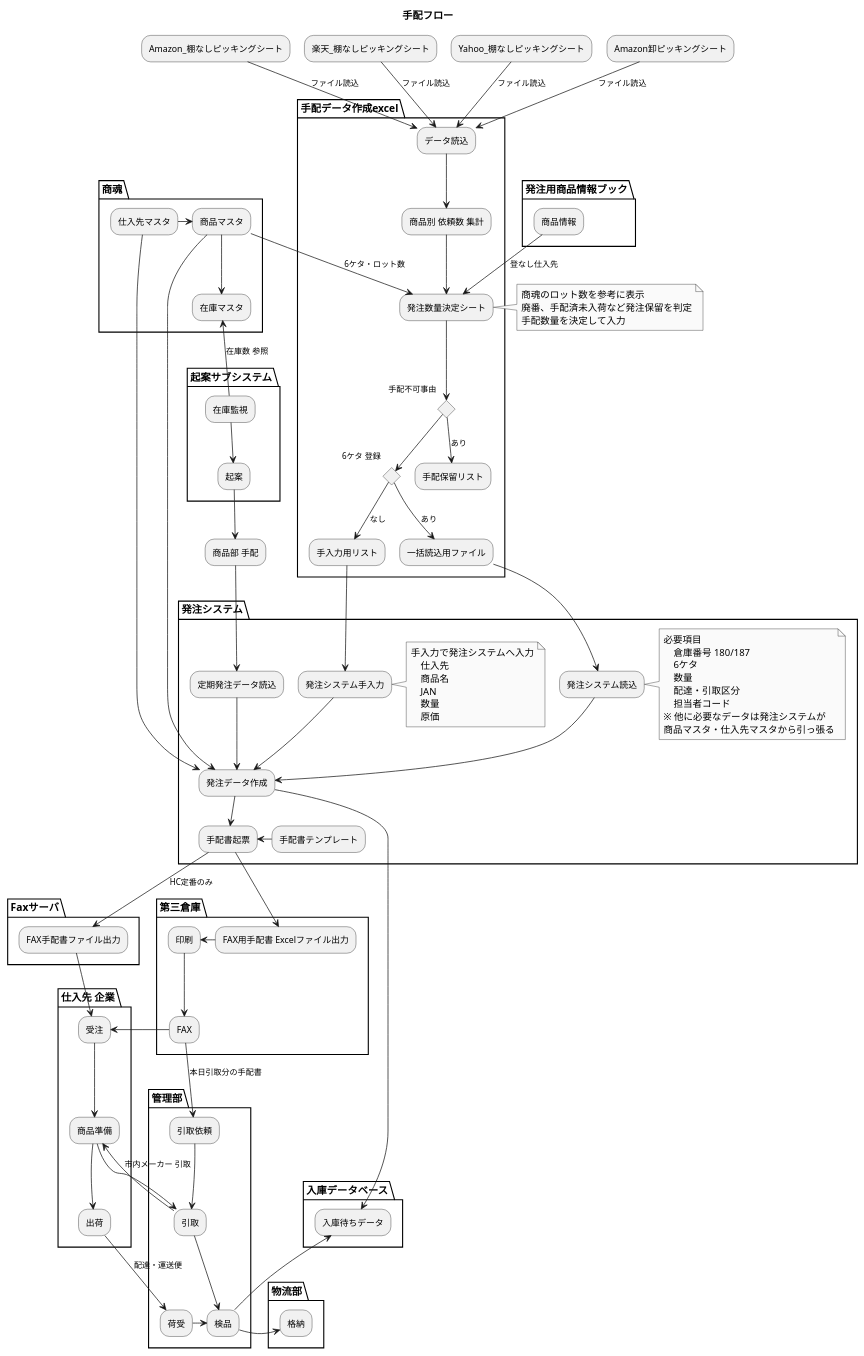
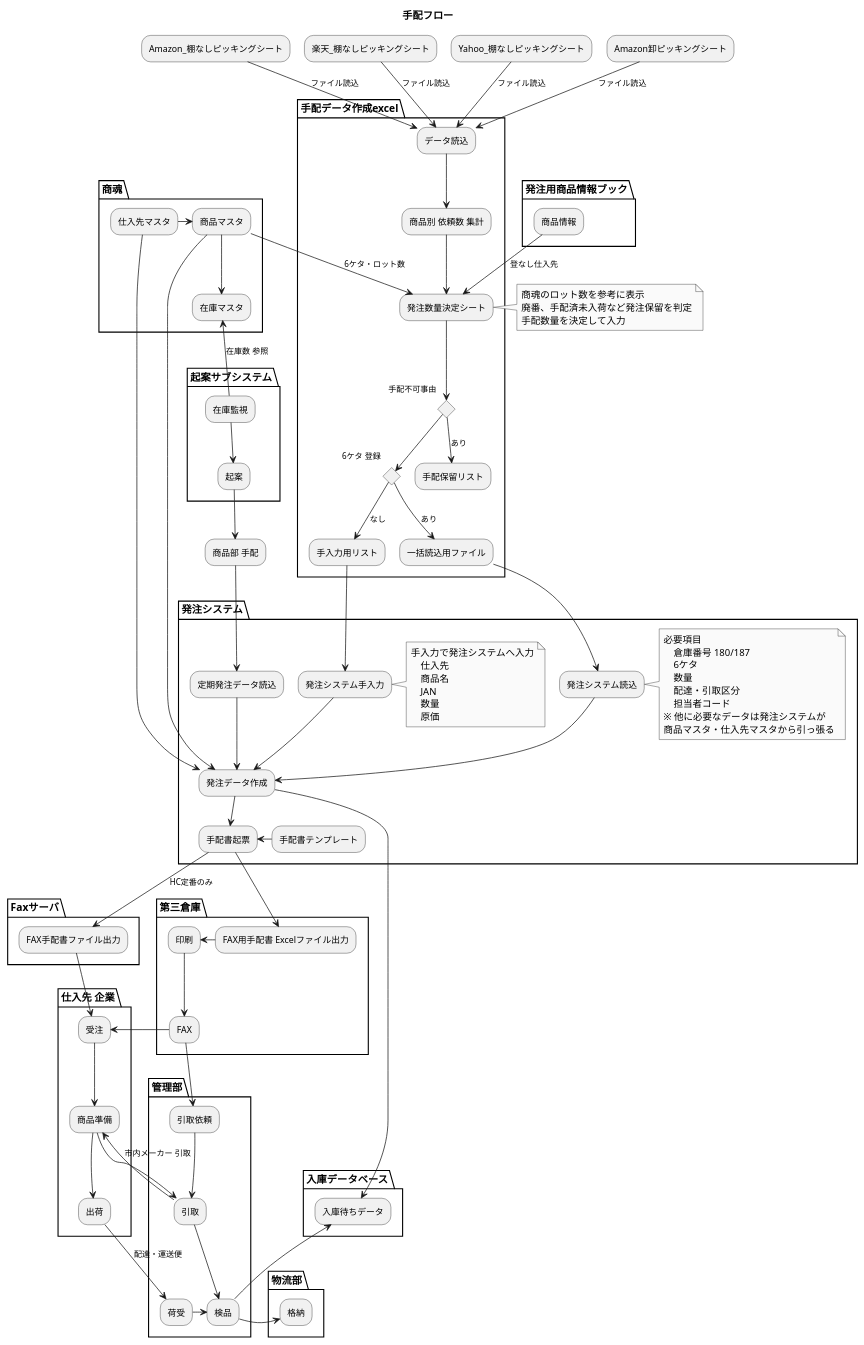
The diagram in build_purchase_data.puml (amunenaga/ec-backyard-macro), drawn with PlantUML before and after one commit.

Commit message:
レイアウト修正、出力ファイル名を追記

```diff
--- a/build_purchase_data.puml
+++ b/build_purchase_data.puml
@@ -1,137 +1,137 @@
 @startuml build_purchase_data
 
 title 手配フロー
 
 skinparam monochrome true
 
 partition 手配データ作成excel {
     "データ読込" --> "商品別 依頼数 集計"
 
     "商品別 依頼数 集計" --> "発注数量決定シート"
 
     if "手配不可事由"
             --> [あり]"手配保留リスト"
     else
             if "6ケタ 登録"
                 --> [あり] "一括読込用ファイル"
             else
                 --> [なし] "手入力用リスト"
         end if 
     end if
     
 }
 
 "Amazon_棚なしピッキングシート" --> [ファイル読込]"データ読込"
 "楽天_棚なしピッキングシート" --> [ファイル読込]"データ読込"
 "Yahoo_棚なしピッキングシート" --> [ファイル読込]"データ読込"
 "Amazon卸ピッキングシート"--> [ファイル読込]"データ読込"
 
 Partition "発注システム" {
 
     "一括読込用ファイル" -down-> "発注システム読込"
     note right
         必要項目
             倉庫番号 180/187
             6ケタ
             数量
             配達・引取区分
             担当者コード
         ※ 他に必要なデータは発注システムが
         商品マスタ・仕入先マスタから引っ張る
     end note
 
     "発注システム読込" -down-> "発注データ作成"
         
     "手入力用リスト" --> "発注システム手入力"
     note right
             手入力で発注システムへ入力
                 仕入先
                 商品名
                 JAN
                 数量
                 原価
     end note
 
 
     "発注システム手入力" --> "発注データ作成"
 
     "定期発注データ読込" --> "発注データ作成"
 
     "発注データ作成" --> "手配書起票"
     "手配書テンプレート" -left-> "手配書起票"
 
 }
 
 partition 商魂 {
 
     "商品マスタ" --> "発注データ作成"
     "仕入先マスタ" --> "発注データ作成"
     商品マスタ --> 在庫マスタ
 }
 
 
 Partition "起案サブシステム" {
     "在庫監視" -up-> [在庫数 参照] "在庫マスタ" 
     "在庫監視" -->  "起案"
 }
 
     "起案" --> "商品部 手配"
     --> 定期発注データ読込
 
 "仕入先マスタ" -left-> "商品マスタ"
 --> [6ケタ・ロット数]"発注数量決定シート"
 
 note Left
      商魂のロット数を参考に表示
      廃番、手配済未入荷など発注保留を判定
      手配数量を決定して入力
 end note
 
 partition 発注用商品情報ブック {
     
     "商品情報" -down-> [登なし仕入先]"発注数量決定シート" 
 }
 
 Partition "入庫データベース" {
     発注データ作成 --> 入庫待ちデータ
 }
 
 Partition "Faxサーバ" {
 
     "手配書起票" --> [HC定番のみ]"FAX手配書ファイル出力"
 }
 
 Partition "仕入先 企業" {
 
     "FAX手配書ファイル出力" -->  "受注"
     '"手配書起票" --> [EDIでデータ発注]"受注"'
     --> 商品準備
     --> 出荷
 }
 
 Partition "第三倉庫" {
     手配書起票 --> FAX用手配書 Excelファイル出力
     -left-> 印刷
     -down-> FAX
     -left-> 受注
 }
 
 Partition "管理部" {
-    FAX --> [本日引取分の手配書]引取依頼
+    FAX --> 引取依頼
     --> 引取
     -left-> [市内メーカー 引取]商品準備
     -right-> 引取
     引取 --> 検品
     出荷 --> [配達・運送便]荷受
 }
 
 -> 検品
 検品 -up-> 入庫待ちデータ
 
 Partition "物流部" {
 
     検品 -> 格納
 
 }
 
 @enduml
```
